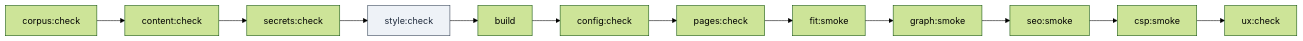
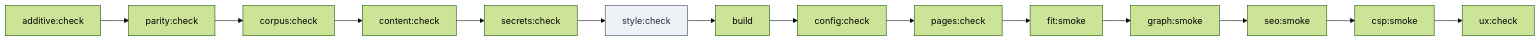
Before and after one commit to rolefinder/show-your-work: diagram 14 of 14 in ARCHITECTURE.md, drawn with Mermaid (forest theme). The commit also changed other lines of this file and 37 other files, not shown here.

````diff
--- a/ARCHITECTURE.md
+++ b/ARCHITECTURE.md
@@ -689,8 +691,8 @@
 ```mermaid
 flowchart LR
-    A["corpus:check"] --> B["content:check"] --> C["secrets:check"] --> D["style:check"] --> E["build"]
+    A0["additive:check"] --> A00["parity:check"] --> A["corpus:check"] --> B["content:check"] --> C["secrets:check"] --> D["style:check"] --> E["build"]
     E --> F["config:check"] --> G["pages:check"] --> H["fit:smoke"] --> I["graph:smoke"]
     I --> J["seo:smoke"] --> K["csp:smoke"] --> L["ux:check"]
 
     style D fill:#eef2f7,stroke:#334155,color:#1e293b
 ```
````
